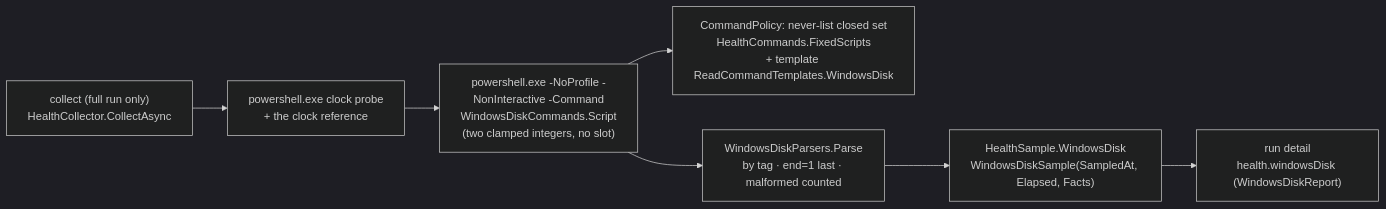
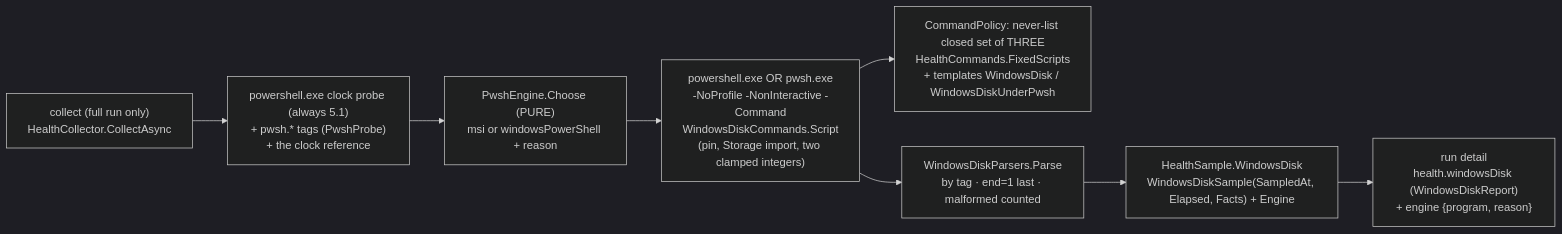
The fifth of 15 diagrams in research/module_daemon.md (oleksandrdubyna88/wsl_care), drawn with Mermaid (dark theme) before and after one commit. The commit also changed other lines of this file and 5 other files, not shown here.

First line of the commit message:
docs(plan): E15.S1b as built - the engine choice, the closed set of three, the Storage import (E15.S1b S5)

````diff
--- a/research/module_daemon.md
+++ b/research/module_daemon.md
@@ -282,14 +283,15 @@
 ```mermaid
 flowchart LR
     collect["collect (full run only)<br/>HealthCollector.CollectAsync"]
-    clock["powershell.exe clock probe<br/>+ the clock reference"]
-    disk["powershell.exe -NoProfile -NonInteractive -Command<br/>WindowsDiskCommands.Script<br/>(two clamped integers, no slot)"]
-    policy["CommandPolicy: never-list closed set<br/>HealthCommands.FixedScripts<br/>+ template ReadCommandTemplates.WindowsDisk"]
+    clock["powershell.exe clock probe (always 5.1)<br/>+ pwsh.* tags (PwshProbe)<br/>+ the clock reference"]
+    engine["PwshEngine.Choose (PURE)<br/>msi or windowsPowerShell + reason"]
+    disk["powershell.exe OR pwsh.exe<br/>-NoProfile -NonInteractive -Command<br/>WindowsDiskCommands.Script<br/>(pin, Storage import, two clamped integers)"]
+    policy["CommandPolicy: never-list closed set of THREE<br/>HealthCommands.FixedScripts<br/>+ templates WindowsDisk / WindowsDiskUnderPwsh"]
     parse["WindowsDiskParsers.Parse<br/>by tag · end=1 last · malformed counted"]
-    sample["HealthSample.WindowsDisk<br/>WindowsDiskSample(SampledAt, Elapsed, Facts)"]
-    detail["run detail<br/>health.windowsDisk (WindowsDiskReport)"]
+    sample["HealthSample.WindowsDisk<br/>WindowsDiskSample(SampledAt, Elapsed, Facts) + Engine"]
+    detail["run detail<br/>health.windowsDisk (WindowsDiskReport)<br/>+ engine {program, reason}"]
 
-    collect --> clock --> disk
+    collect --> clock --> engine --> disk
     disk --> policy
     disk --> parse --> sample --> detail
 ```
````
